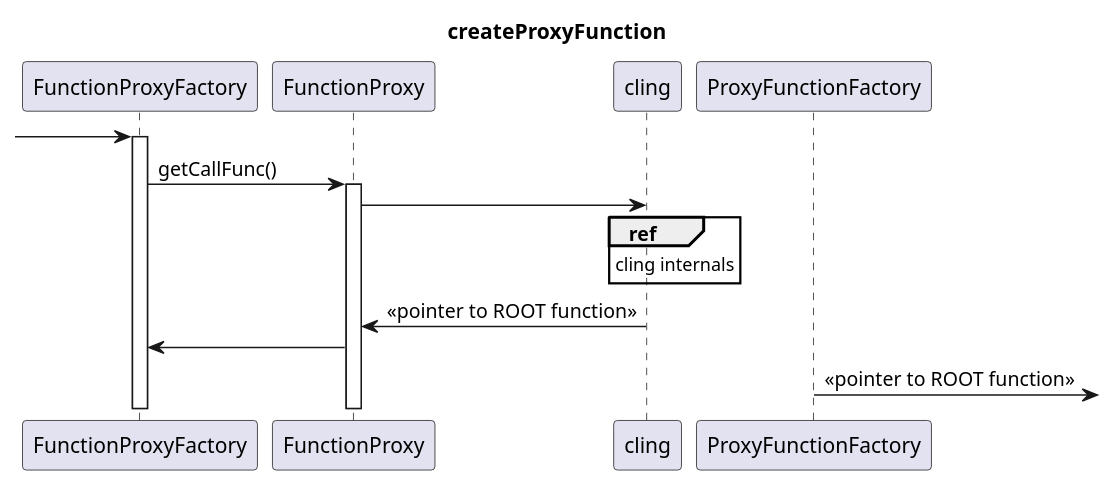
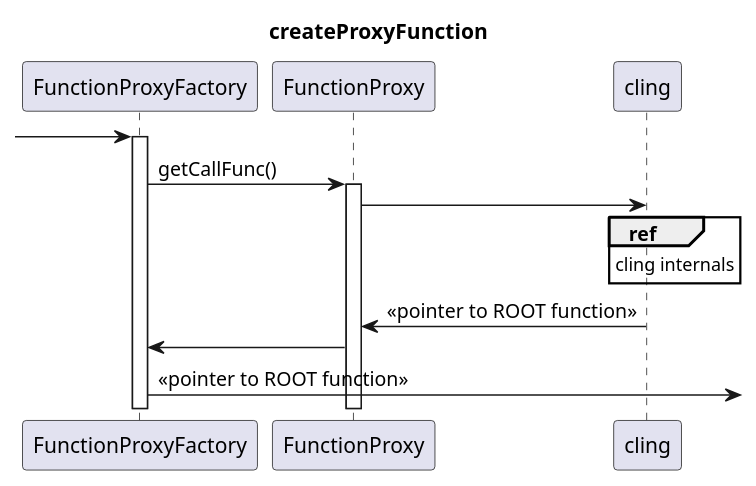
One commit to rootjs/design changed the diagram in diagrams/plantuml/createProxyFunction.puml. Above: the diagram before and after it, drawn with PlantUML.

```diff
--- a/diagrams/plantuml/createProxyFunction.puml
+++ b/diagrams/plantuml/createProxyFunction.puml
@@ -1,14 +1,14 @@
 @startuml
 
 title: createProxyFunction
 [-> FunctionProxyFactory
 activate FunctionProxyFactory
 FunctionProxyFactory -> FunctionProxy: getCallFunc()
 activate FunctionProxy
 FunctionProxy -> cling
 ref over cling: cling internals
 cling -> FunctionProxy: <<pointer to ROOT function>>
 FunctionProxy -> FunctionProxyFactory:
-ProxyFunctionFactory ->]: <<pointer to ROOT function>>
+FunctionProxyFactory ->]: <<pointer to ROOT function>>
 
 @enduml
```
